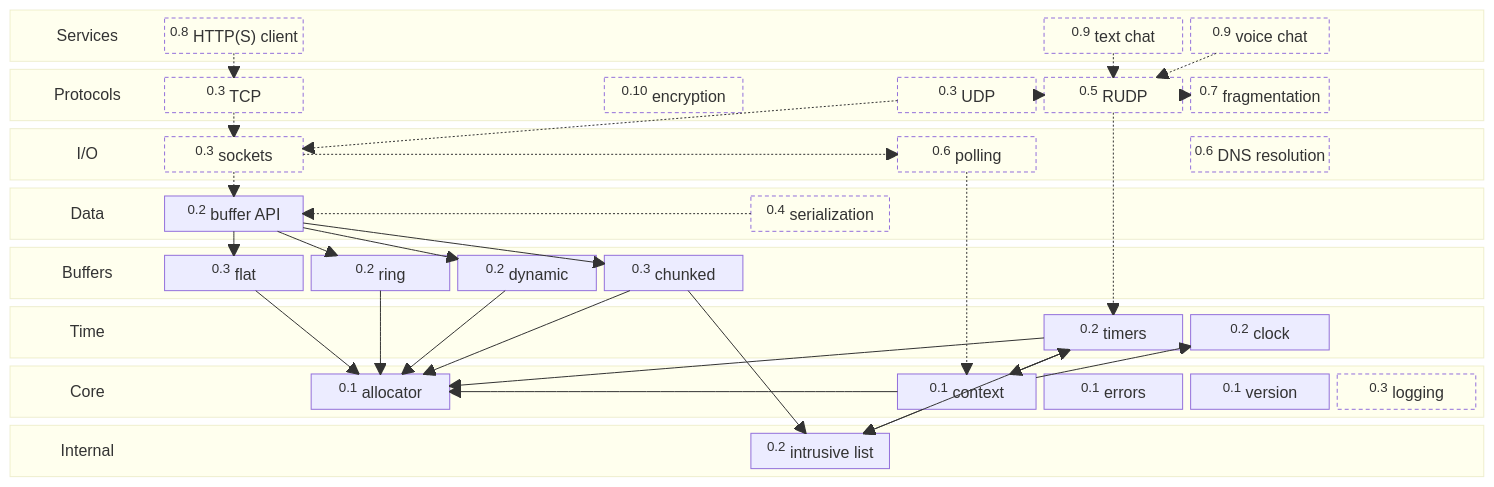
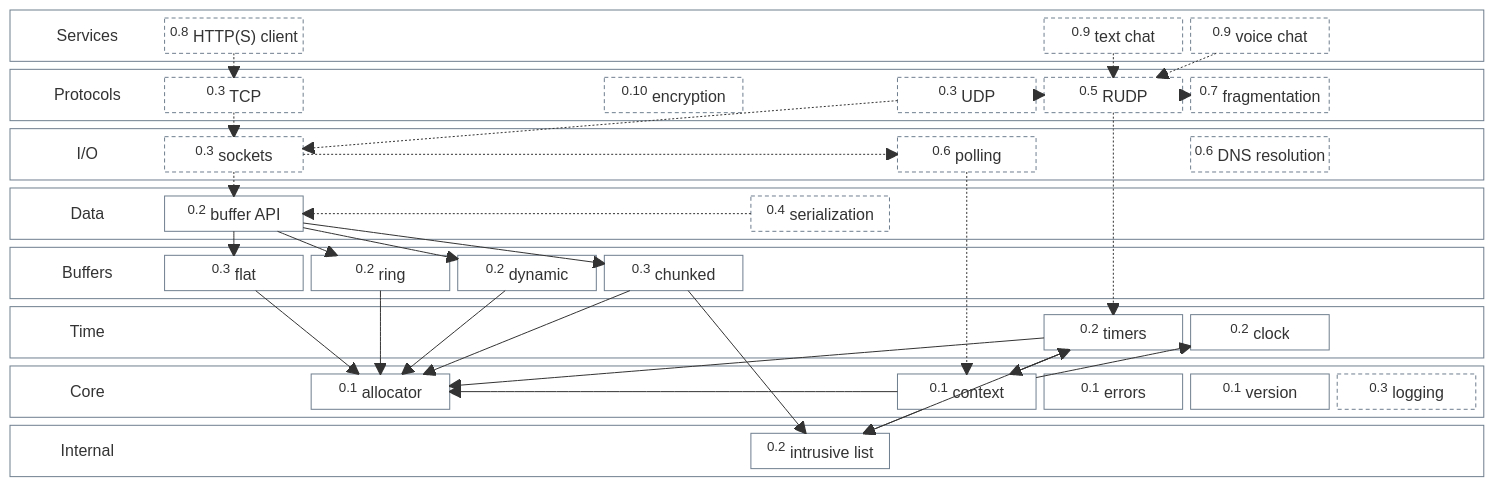
Before and after one commit to VMNL/vmnl-net: the diagram in README.md, drawn with Mermaid. The commit also changed 5 other files, not shown here.

````diff
--- a/README.md
+++ b/README.md
@@ -192,8 +192,10 @@
     CHUNKED --> ALLOCATOR
     CHUNKED --> LIST
 
+    classDef default fill:none,stroke:#6f7e8e
     classDef title fill:none,stroke:none
-    classDef planned fill:none,stroke-dasharray: 4 3
+    classDef planned fill:none,stroke:#6f7e8e,stroke-dasharray: 4 3
+
     class SERVICES_TITLE,PROTOCOLS_TITLE,IO_TITLE,DATA_TITLE,BUFFERS_TITLE,TIME_TITLE,CORE_TITLE,INTERNAL_TITLE title
     class HTTP,CHAT,VOICE,TCP,UDP,RUDP,FRAG,CRYPT,SOCKET,POLL,DNS,SER,LOG planned
 ```
````
